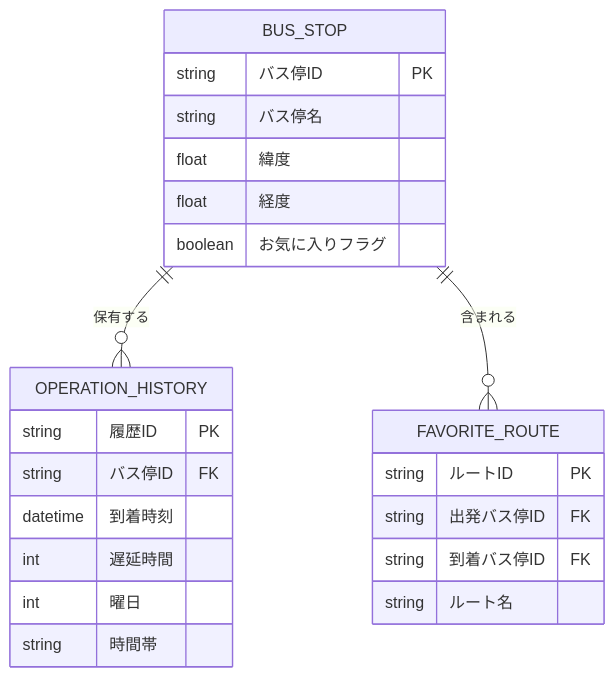
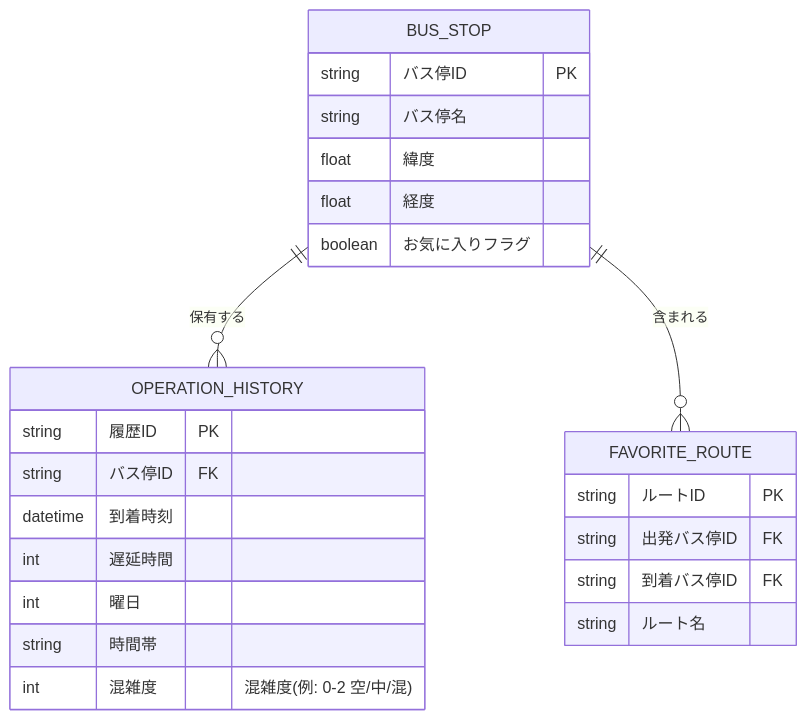
Before and after one commit to thsic/RealtimeBusTracker: the diagram in docs/基本設計/05_データ設計.md, drawn with Mermaid. The commit also changed other lines of this file and 24 other files, not shown here.

````diff
--- a/docs/基本設計/05_データ設計.md
+++ b/docs/基本設計/05_データ設計.md
@@ -9,26 +9,27 @@
 ```mermaid
 erDiagram
     BUS_STOP ||--o{ OPERATION_HISTORY : "保有する"
     BUS_STOP ||--o{ FAVORITE_ROUTE : "含まれる"
     BUS_STOP {
         string バス停ID PK
         string バス停名
         float 緯度
         float 経度
         boolean お気に入りフラグ
     }
     OPERATION_HISTORY {
         string 履歴ID PK
         string バス停ID FK
         datetime 到着時刻
         int 遅延時間
         int 曜日
         string 時間帯
+        int 混雑度 "混雑度(例: 0-2 空/中/混)"
     }
     FAVORITE_ROUTE {
         string ルートID PK
         string 出発バス停ID FK
         string 到着バス停ID FK
         string ルート名
     }
 ```
````
